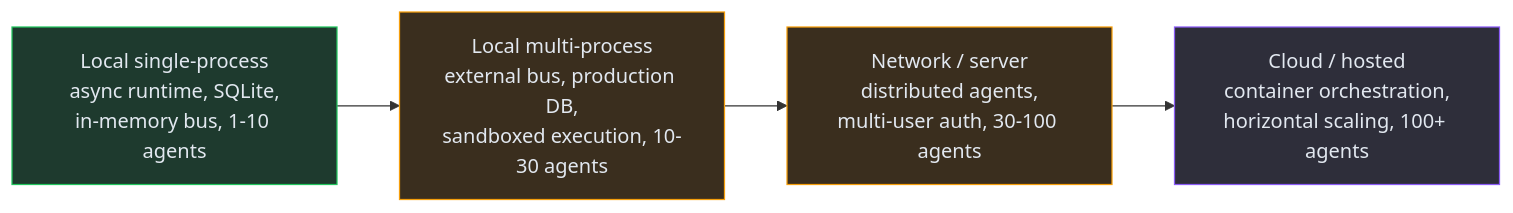
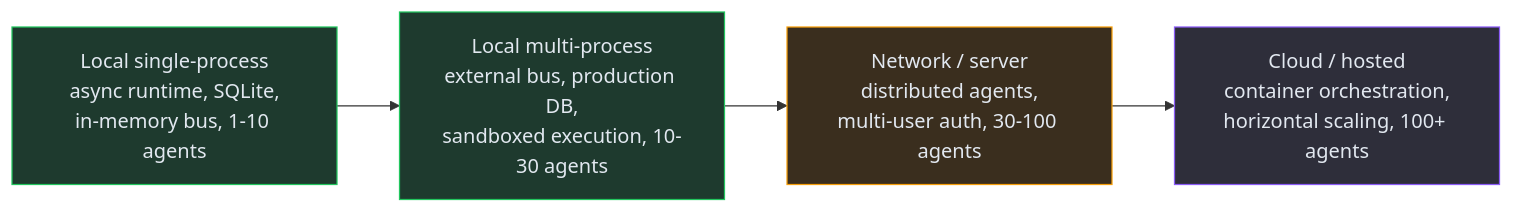
One commit to Aureliolo/ai-company changed the diagram in docs/roadmap/future-vision.md. Above: the diagram before and after it, drawn with Mermaid. The commit also changed other lines of this file and 18 other files, not shown here.

````diff
--- a/docs/roadmap/future-vision.md
+++ b/docs/roadmap/future-vision.md
@@ -36,18 +34,18 @@
 ```mermaid
 flowchart LR
     P1["Local single-process<br/>async runtime, SQLite,<br/>in-memory bus, 1-10 agents"]
     P2["Local multi-process<br/>external bus, production DB,<br/>sandboxed execution, 10-30 agents"]
     P3["Network / server<br/>distributed agents,<br/>multi-user auth, 30-100 agents"]
     P4["Cloud / hosted<br/>container orchestration,<br/>horizontal scaling, 100+ agents"]
 
     P1 --> P2 --> P3 --> P4
 
     P1:::shipped
-    P2:::planned
+    P2:::shipped
     P3:::planned
     P4:::backlog
 
     classDef shipped fill:#1e3a2e,stroke:#22c55e,color:#e2e8f0
     classDef planned fill:#3a2e1e,stroke:#f59e0b,color:#e2e8f0
     classDef backlog fill:#2e2e3a,stroke:#8b5cf6,color:#e2e8f0
 ```
````
